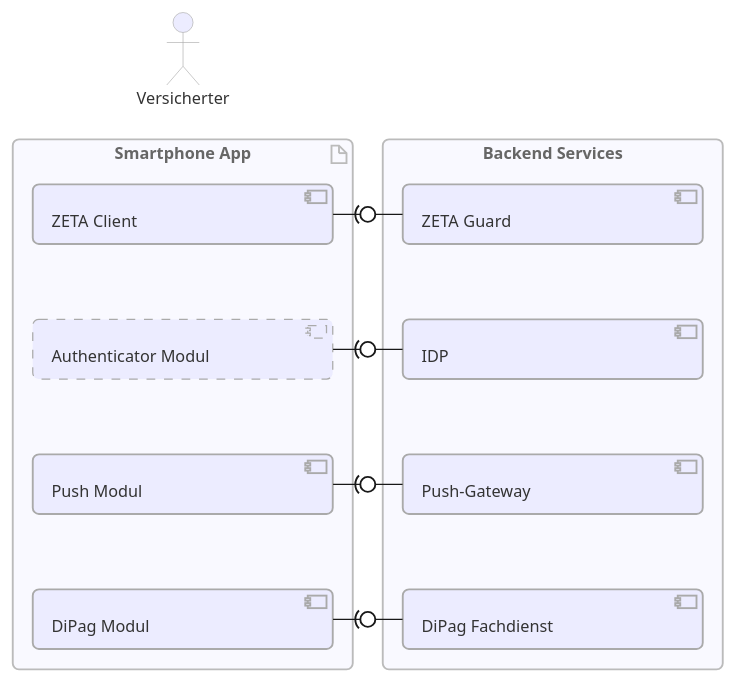
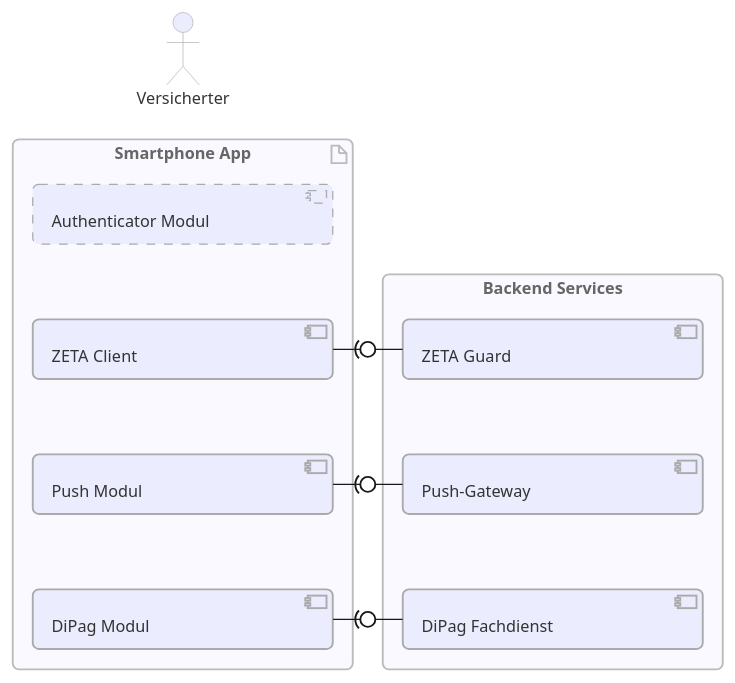
The diagram in image_src/app_with_dipag.puml (gematik/ig-versicherten-app), drawn with PlantUML before and after one commit.

Commit message:
docs: update component layout and improve connections in app_with_dipag diagram

```diff
--- a/image_src/app_with_dipag.puml
+++ b/image_src/app_with_dipag.puml
@@ -1,82 +1,79 @@
 @startuml
 ' --- Mermaid-ähnlicher Style ---
 skinparam backgroundColor #FFFFFF
 skinparam shadowing false
 skinparam roundCorner 10
 skinparam defaultFontName "Segoe UI, Trebuchet MS, sans-serif"
 skinparam defaultFontSize 13
 
 skinparam component {
   BorderColor #AAAAAA
   BackgroundColor #ECECFF
   FontColor #333333
   BorderThickness 1.5
 }
 
 skinparam artifact {
   BorderColor #BBBBBB
   BackgroundColor #F9F9FF
   FontColor #666666
   BorderThickness 1.5
 }
 
 skinparam rectangle {
   BorderColor #BBBBBB
   BackgroundColor #F9F9FF
   FontColor #666666
   BorderThickness 1.5
 }
 
 skinparam actor {
   BorderColor #AAAAAA
   BackgroundColor #ECECFF
   FontColor #333333
 }
 
 skinparam interface {
   BorderColor #AAAAAA
   BackgroundColor #ECECFF
 }
 ' --- Ende Style ---
 
 ' Einheitliche Größe für alle Komponenten
 <style>
 component {
   MinimumWidth 200
   MinimumHeight 40
   Padding 20
 }
 </style>
 
 actor Versicherter as v
 artifact "Smartphone App" as app {
+  component "Authenticator Modul" as gia #line.dashed
   component "ZETA Client" as zc
   component "Push Modul" as pm
-  component "Authenticator Modul" as gia #line.dashed
   component "DiPag Modul" as dpc
 
   ' Layout: untereinander, ohne inhaltliche Abhängigkeiten darzustellen
-  zc -[hidden]down- gia
-  gia -[hidden]down- pm
+  gia -[hidden]down- zc
+  zc -[hidden]down- pm
   pm -[hidden]down- dpc
 }
- v -[hidden]down- zc
+ v -[hidden]down- gia
 ' Backend Services (je Client-Komponente)
 Rectangle "Backend Services" as backend {
 component "ZETA Guard" as zeta_backend
-component "IDP" as gid_backend
 component "Push-Gateway" as push_gateway
 component "DiPag Fachdienst" as dipag_backend
 }
 ' Verbindungen: Komponente -> passender Backend-Service
 zc  -right(0- zeta_backend
-gia -right(0- gid_backend
 dpc -right(0- dipag_backend
 pm  -right(0- push_gateway
 
 ' Layout-Hilfe: Services untereinander rechts ausrichten
-zeta_backend -[hidden]down- gid_backend
-gid_backend -[hidden]down- push_gateway
+zeta_backend -[hidden]down- push_gateway
 push_gateway -[hidden]down- dipag_backend
 
 @enduml
```
